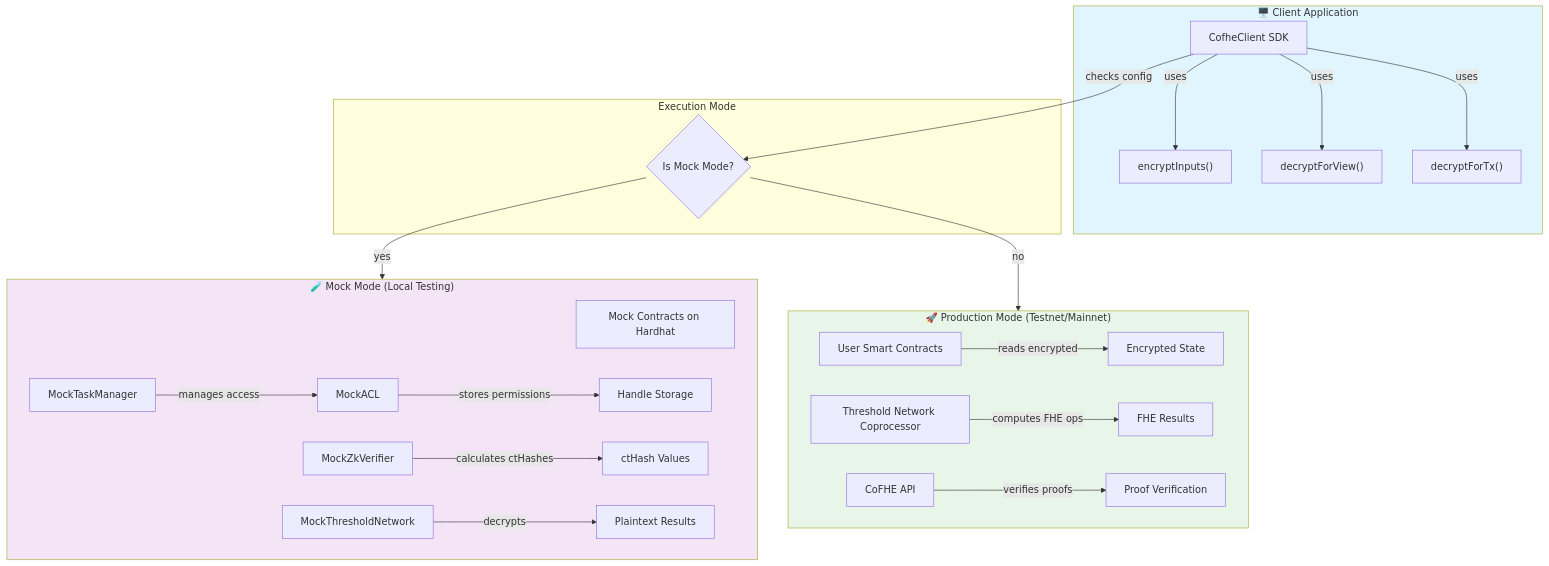
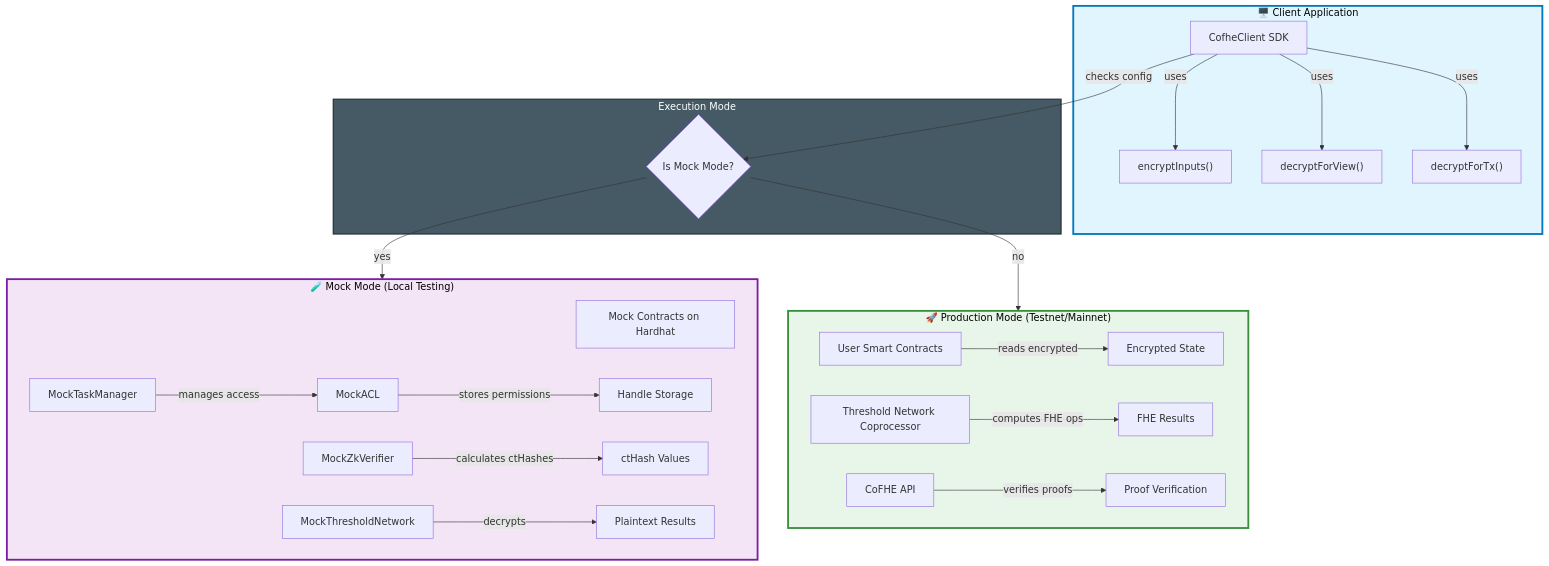
The first of 7 diagrams in ARCHITECTURE.md (FhenixProtocol/cofhesdk), drawn with Mermaid before and after one commit. The commit also changed other lines of this file, not shown here.

Commit message:
chore: architecture diagram: better colors for headings

````diff
--- a/ARCHITECTURE.md
+++ b/ARCHITECTURE.md
@@ -7,44 +7,45 @@
 ```mermaid
 graph TB
     subgraph Client["🖥️ Client Application"]
         CofheSDK["CofheClient SDK"]
         CofheSDK -->|uses| Encrypt["encryptInputs()"]
         CofheSDK -->|uses| DecryptView["decryptForView()"]
         CofheSDK -->|uses| DecryptTx["decryptForTx()"]
     end
 
     subgraph Mode["Execution Mode"]
         IsMock{Is Mock Mode?}
     end
 
     subgraph MockMode["🧪 Mock Mode (Local Testing)"]
         MockContracts["Mock Contracts on Hardhat"]
         MockTaskMgr["MockTaskManager"]
         MockACL["MockACL"]
         MockZkVerifier["MockZkVerifier"]
         MockThresholdNet["MockThresholdNetwork"]
         
         MockTaskMgr -->|manages access| MockACL
         MockACL -->|stores permissions| Handles["Handle Storage"]
         MockZkVerifier -->|calculates ctHashes| Hashes["ctHash Values"]
         MockThresholdNet -->|decrypts| Plaintext["Plaintext Results"]
     end
 
     subgraph ProdMode["🚀 Production Mode (Testnet/Mainnet)"]
         SmartContracts["User Smart Contracts"]
         ThresholdNetwork["Threshold Network Coprocessor"]
         CoFHEAPI["CoFHE API"]
         
         SmartContracts -->|reads encrypted| State["Encrypted State"]
         ThresholdNetwork -->|computes FHE ops| Results["FHE Results"]
         CoFHEAPI -->|verifies proofs| Verification["Proof Verification"]
     end
 
     CofheSDK -->|checks config| IsMock
     IsMock -->|yes| MockMode
     IsMock -->|no| ProdMode
     
-    style Client fill:#e1f5ff
-    style MockMode fill:#f3e5f5
-    style ProdMode fill:#e8f5e9
+    style Client fill:#e1f5ff,stroke:#0277bd,stroke-width:3px,color:#000
+    style MockMode fill:#f3e5f5,stroke:#7b1fa2,stroke-width:3px,color:#000
+    style ProdMode fill:#e8f5e9,stroke:#388e3c,stroke-width:3px,color:#000
+    style Mode fill:#455a64,stroke:#263238,stroke-width:2px,color:#fff
 ```
````
